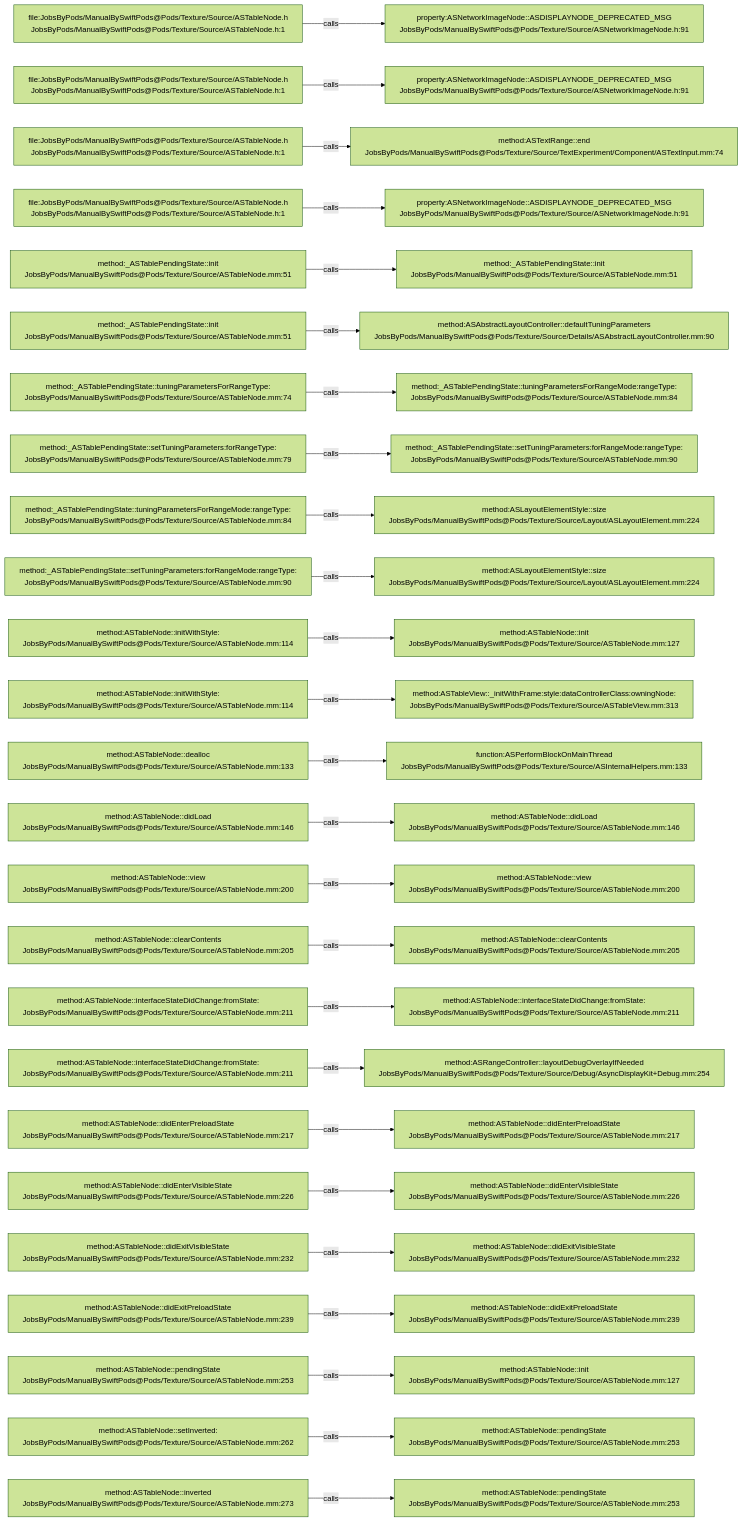
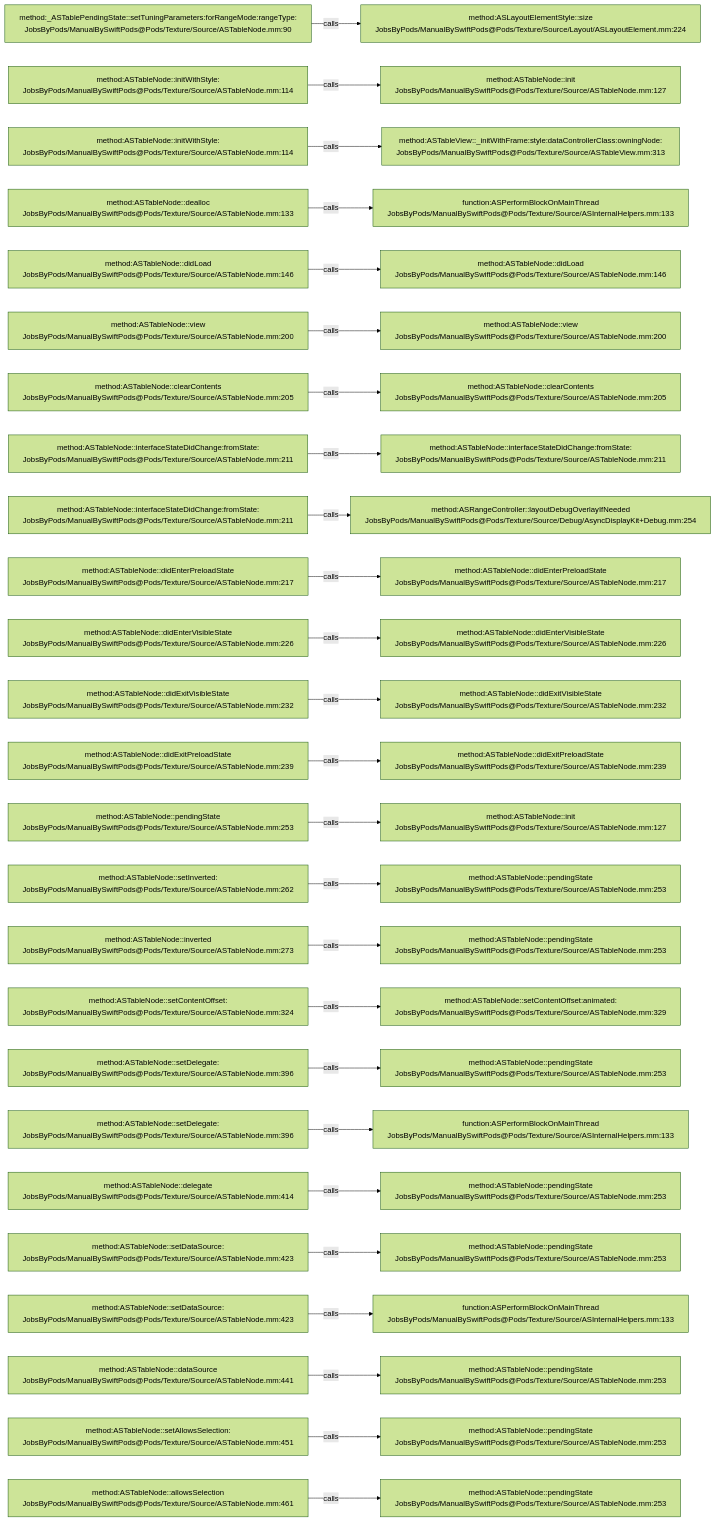
Before and after one commit to JobsKits/JobsSwiftBaseConfigDemo: the diagram in .codegraph/codegraph.md/graphs/calls-055.md, drawn with Mermaid (forest theme). The commit also changed 707 other files, not shown here.

````diff
--- a/.codegraph/codegraph.md/graphs/calls-055.md
+++ b/.codegraph/codegraph.md/graphs/calls-055.md
@@ -13,78 +13,78 @@
 ```mermaid
 flowchart LR
-  S1["file:JobsByPods/ManualBySwiftPods@Pods/Texture/Source/ASTableNode.h<br/>JobsByPods/ManualBySwiftPods@Pods/Texture/Source/ASTableNode.h:1"]
-  T1["property:ASNetworkImageNode::ASDISPLAYNODE_DEPRECATED_MSG<br/>JobsByPods/ManualBySwiftPods@Pods/Texture/Source/ASNetworkImageNode.h:91"]
+  S1["method:_ASTablePendingState::setTuningParameters:forRangeMode:rangeType:<br/>JobsByPods/ManualBySwiftPods@Pods/Texture/Source/ASTableNode.mm:90"]
+  T1["method:ASLayoutElementStyle::size<br/>JobsByPods/ManualBySwiftPods@Pods/Texture/Source/Layout/ASLayoutElement.mm:224"]
   S1 -->|calls| T1
-  S2["file:JobsByPods/ManualBySwiftPods@Pods/Texture/Source/ASTableNode.h<br/>JobsByPods/ManualBySwiftPods@Pods/Texture/Source/ASTableNode.h:1"]
-  T2["property:ASNetworkImageNode::ASDISPLAYNODE_DEPRECATED_MSG<br/>JobsByPods/ManualBySwiftPods@Pods/Texture/Source/ASNetworkImageNode.h:91"]
+  S2["method:ASTableNode::initWithStyle:<br/>JobsByPods/ManualBySwiftPods@Pods/Texture/Source/ASTableNode.mm:114"]
+  T2["method:ASTableNode::init<br/>JobsByPods/ManualBySwiftPods@Pods/Texture/Source/ASTableNode.mm:127"]
   S2 -->|calls| T2
-  S3["file:JobsByPods/ManualBySwiftPods@Pods/Texture/Source/ASTableNode.h<br/>JobsByPods/ManualBySwiftPods@Pods/Texture/Source/ASTableNode.h:1"]
-  T3["method:ASTextRange::end<br/>JobsByPods/ManualBySwiftPods@Pods/Texture/Source/TextExperiment/Component/ASTextInput.mm:74"]
+  S3["method:ASTableNode::initWithStyle:<br/>JobsByPods/ManualBySwiftPods@Pods/Texture/Source/ASTableNode.mm:114"]
+  T3["method:ASTableView::_initWithFrame:style:dataControllerClass:owningNode:<br/>JobsByPods/ManualBySwiftPods@Pods/Texture/Source/ASTableView.mm:313"]
   S3 -->|calls| T3
-  S4["file:JobsByPods/ManualBySwiftPods@Pods/Texture/Source/ASTableNode.h<br/>JobsByPods/ManualBySwiftPods@Pods/Texture/Source/ASTableNode.h:1"]
-  T4["property:ASNetworkImageNode::ASDISPLAYNODE_DEPRECATED_MSG<br/>JobsByPods/ManualBySwiftPods@Pods/Texture/Source/ASNetworkImageNode.h:91"]
+  S4["method:ASTableNode::dealloc<br/>JobsByPods/ManualBySwiftPods@Pods/Texture/Source/ASTableNode.mm:133"]
+  T4["function:ASPerformBlockOnMainThread<br/>JobsByPods/ManualBySwiftPods@Pods/Texture/Source/ASInternalHelpers.mm:133"]
   S4 -->|calls| T4
-  S5["method:_ASTablePendingState::init<br/>JobsByPods/ManualBySwiftPods@Pods/Texture/Source/ASTableNode.mm:51"]
-  T5["method:_ASTablePendingState::init<br/>JobsByPods/ManualBySwiftPods@Pods/Texture/Source/ASTableNode.mm:51"]
+  S5["method:ASTableNode::didLoad<br/>JobsByPods/ManualBySwiftPods@Pods/Texture/Source/ASTableNode.mm:146"]
+  T5["method:ASTableNode::didLoad<br/>JobsByPods/ManualBySwiftPods@Pods/Texture/Source/ASTableNode.mm:146"]
   S5 -->|calls| T5
-  S6["method:_ASTablePendingState::init<br/>JobsByPods/ManualBySwiftPods@Pods/Texture/Source/ASTableNode.mm:51"]
-  T6["method:ASAbstractLayoutController::defaultTuningParameters<br/>JobsByPods/ManualBySwiftPods@Pods/Texture/Source/Details/ASAbstractLayoutController.mm:90"]
+  S6["method:ASTableNode::view<br/>JobsByPods/ManualBySwiftPods@Pods/Texture/Source/ASTableNode.mm:200"]
+  T6["method:ASTableNode::view<br/>JobsByPods/ManualBySwiftPods@Pods/Texture/Source/ASTableNode.mm:200"]
   S6 -->|calls| T6
-  S7["method:_ASTablePendingState::tuningParametersForRangeType:<br/>JobsByPods/ManualBySwiftPods@Pods/Texture/Source/ASTableNode.mm:74"]
-  T7["method:_ASTablePendingState::tuningParametersForRangeMode:rangeType:<br/>JobsByPods/ManualBySwiftPods@Pods/Texture/Source/ASTableNode.mm:84"]
+  S7["method:ASTableNode::clearContents<br/>JobsByPods/ManualBySwiftPods@Pods/Texture/Source/ASTableNode.mm:205"]
+  T7["method:ASTableNode::clearContents<br/>JobsByPods/ManualBySwiftPods@Pods/Texture/Source/ASTableNode.mm:205"]
   S7 -->|calls| T7
-  S8["method:_ASTablePendingState::setTuningParameters:forRangeType:<br/>JobsByPods/ManualBySwiftPods@Pods/Texture/Source/ASTableNode.mm:79"]
-  T8["method:_ASTablePendingState::setTuningParameters:forRangeMode:rangeType:<br/>JobsByPods/ManualBySwiftPods@Pods/Texture/Source/ASTableNode.mm:90"]
+  S8["method:ASTableNode::interfaceStateDidChange:fromState:<br/>JobsByPods/ManualBySwiftPods@Pods/Texture/Source/ASTableNode.mm:211"]
+  T8["method:ASTableNode::interfaceStateDidChange:fromState:<br/>JobsByPods/ManualBySwiftPods@Pods/Texture/Source/ASTableNode.mm:211"]
   S8 -->|calls| T8
-  S9["method:_ASTablePendingState::tuningParametersForRangeMode:rangeType:<br/>JobsByPods/ManualBySwiftPods@Pods/Texture/Source/ASTableNode.mm:84"]
-  T9["method:ASLayoutElementStyle::size<br/>JobsByPods/ManualBySwiftPods@Pods/Texture/Source/Layout/ASLayoutElement.mm:224"]
+  S9["method:ASTableNode::interfaceStateDidChange:fromState:<br/>JobsByPods/ManualBySwiftPods@Pods/Texture/Source/ASTableNode.mm:211"]
+  T9["method:ASRangeController::layoutDebugOverlayIfNeeded<br/>JobsByPods/ManualBySwiftPods@Pods/Texture/Source/Debug/AsyncDisplayKit+Debug.mm:254"]
   S9 -->|calls| T9
-  S10["method:_ASTablePendingState::setTuningParameters:forRangeMode:rangeType:<br/>JobsByPods/ManualBySwiftPods@Pods/Texture/Source/ASTableNode.mm:90"]
-  T10["method:ASLayoutElementStyle::size<br/>JobsByPods/ManualBySwiftPods@Pods/Texture/Source/Layout/ASLayoutElement.mm:224"]
+  S10["method:ASTableNode::didEnterPreloadState<br/>JobsByPods/ManualBySwiftPods@Pods/Texture/Source/ASTableNode.mm:217"]
+  T10["method:ASTableNode::didEnterPreloadState<br/>JobsByPods/ManualBySwiftPods@Pods/Texture/Source/ASTableNode.mm:217"]
   S10 -->|calls| T10
-  S11["method:ASTableNode::initWithStyle:<br/>JobsByPods/ManualBySwiftPods@Pods/Texture/Source/ASTableNode.mm:114"]
-  T11["method:ASTableNode::init<br/>JobsByPods/ManualBySwiftPods@Pods/Texture/Source/ASTableNode.mm:127"]
+  S11["method:ASTableNode::didEnterVisibleState<br/>JobsByPods/ManualBySwiftPods@Pods/Texture/Source/ASTableNode.mm:226"]
+  T11["method:ASTableNode::didEnterVisibleState<br/>JobsByPods/ManualBySwiftPods@Pods/Texture/Source/ASTableNode.mm:226"]
   S11 -->|calls| T11
-  S12["method:ASTableNode::initWithStyle:<br/>JobsByPods/ManualBySwiftPods@Pods/Texture/Source/ASTableNode.mm:114"]
-  T12["method:ASTableView::_initWithFrame:style:dataControllerClass:owningNode:<br/>JobsByPods/ManualBySwiftPods@Pods/Texture/Source/ASTableView.mm:313"]
+  S12["method:ASTableNode::didExitVisibleState<br/>JobsByPods/ManualBySwiftPods@Pods/Texture/Source/ASTableNode.mm:232"]
+  T12["method:ASTableNode::didExitVisibleState<br/>JobsByPods/ManualBySwiftPods@Pods/Texture/Source/ASTableNode.mm:232"]
   S12 -->|calls| T12
-  S13["method:ASTableNode::dealloc<br/>JobsByPods/ManualBySwiftPods@Pods/Texture/Source/ASTableNode.mm:133"]
-  T13["function:ASPerformBlockOnMainThread<br/>JobsByPods/ManualBySwiftPods@Pods/Texture/Source/ASInternalHelpers.mm:133"]
+  S13["method:ASTableNode::didExitPreloadState<br/>JobsByPods/ManualBySwiftPods@Pods/Texture/Source/ASTableNode.mm:239"]
+  T13["method:ASTableNode::didExitPreloadState<br/>JobsByPods/ManualBySwiftPods@Pods/Texture/Source/ASTableNode.mm:239"]
   S13 -->|calls| T13
-  S14["method:ASTableNode::didLoad<br/>JobsByPods/ManualBySwiftPods@Pods/Texture/Source/ASTableNode.mm:146"]
-  T14["method:ASTableNode::didLoad<br/>JobsByPods/ManualBySwiftPods@Pods/Texture/Source/ASTableNode.mm:146"]
+  S14["method:ASTableNode::pendingState<br/>JobsByPods/ManualBySwiftPods@Pods/Texture/Source/ASTableNode.mm:253"]
+  T14["method:ASTableNode::init<br/>JobsByPods/ManualBySwiftPods@Pods/Texture/Source/ASTableNode.mm:127"]
   S14 -->|calls| T14
-  S15["method:ASTableNode::view<br/>JobsByPods/ManualBySwiftPods@Pods/Texture/Source/ASTableNode.mm:200"]
-  T15["method:ASTableNode::view<br/>JobsByPods/ManualBySwiftPods@Pods/Texture/Source/ASTableNode.mm:200"]
+  S15["method:ASTableNode::setInverted:<br/>JobsByPods/ManualBySwiftPods@Pods/Texture/Source/ASTableNode.mm:262"]
+  T15["method:ASTableNode::pendingState<br/>JobsByPods/ManualBySwiftPods@Pods/Texture/Source/ASTableNode.mm:253"]
   S15 -->|calls| T15
-  S16["method:ASTableNode::clearContents<br/>JobsByPods/ManualBySwiftPods@Pods/Texture/Source/ASTableNode.mm:205"]
-  T16["method:ASTableNode::clearContents<br/>JobsByPods/ManualBySwiftPods@Pods/Texture/Source/ASTableNode.mm:205"]
+  S16["method:ASTableNode::inverted<br/>JobsByPods/ManualBySwiftPods@Pods/Texture/Source/ASTableNode.mm:273"]
+  T16["method:ASTableNode::pendingState<br/>JobsByPods/ManualBySwiftPods@Pods/Texture/Source/ASTableNode.mm:253"]
   S16 -->|calls| T16
-  S17["method:ASTableNode::interfaceStateDidChange:fromState:<br/>JobsByPods/ManualBySwiftPods@Pods/Texture/Source/ASTableNode.mm:211"]
-  T17["method:ASTableNode::interfaceStateDidChange:fromState:<br/>JobsByPods/ManualBySwiftPods@Pods/Texture/Source/ASTableNode.mm:211"]
+  S17["method:ASTableNode::setContentOffset:<br/>JobsByPods/ManualBySwiftPods@Pods/Texture/Source/ASTableNode.mm:324"]
+  T17["method:ASTableNode::setContentOffset:animated:<br/>JobsByPods/ManualBySwiftPods@Pods/Texture/Source/ASTableNode.mm:329"]
   S17 -->|calls| T17
-  S18["method:ASTableNode::interfaceStateDidChange:fromState:<br/>JobsByPods/ManualBySwiftPods@Pods/Texture/Source/ASTableNode.mm:211"]
-  T18["method:ASRangeController::layoutDebugOverlayIfNeeded<br/>JobsByPods/ManualBySwiftPods@Pods/Texture/Source/Debug/AsyncDisplayKit+Debug.mm:254"]
+  S18["method:ASTableNode::setDelegate:<br/>JobsByPods/ManualBySwiftPods@Pods/Texture/Source/ASTableNode.mm:396"]
+  T18["method:ASTableNode::pendingState<br/>JobsByPods/ManualBySwiftPods@Pods/Texture/Source/ASTableNode.mm:253"]
   S18 -->|calls| T18
-  S19["method:ASTableNode::didEnterPreloadState<br/>JobsByPods/ManualBySwiftPods@Pods/Texture/Source/ASTableNode.mm:217"]
-  T19["method:ASTableNode::didEnterPreloadState<br/>JobsByPods/ManualBySwiftPods@Pods/Texture/Source/ASTableNode.mm:217"]
+  S19["method:ASTableNode::setDelegate:<br/>JobsByPods/ManualBySwiftPods@Pods/Texture/Source/ASTableNode.mm:396"]
+  T19["function:ASPerformBlockOnMainThread<br/>JobsByPods/ManualBySwiftPods@Pods/Texture/Source/ASInternalHelpers.mm:133"]
   S19 -->|calls| T19
-  S20["method:ASTableNode::didEnterVisibleState<br/>JobsByPods/ManualBySwiftPods@Pods/Texture/Source/ASTableNode.mm:226"]
-  T20["method:ASTableNode::didEnterVisibleState<br/>JobsByPods/ManualBySwiftPods@Pods/Texture/Source/ASTableNode.mm:226"]
+  S20["method:ASTableNode::delegate<br/>JobsByPods/ManualBySwiftPods@Pods/Texture/Source/ASTableNode.mm:414"]
+  T20["method:ASTableNode::pendingState<br/>JobsByPods/ManualBySwiftPods@Pods/Texture/Source/ASTableNode.mm:253"]
   S20 -->|calls| T20
-  S21["method:ASTableNode::didExitVisibleState<br/>JobsByPods/ManualBySwiftPods@Pods/Texture/Source/ASTableNode.mm:232"]
-  T21["method:ASTableNode::didExitVisibleState<br/>JobsByPods/ManualBySwiftPods@Pods/Texture/Source/ASTableNode.mm:232"]
+  S21["method:ASTableNode::setDataSource:<br/>JobsByPods/ManualBySwiftPods@Pods/Texture/Source/ASTableNode.mm:423"]
+  T21["method:ASTableNode::pendingState<br/>JobsByPods/ManualBySwiftPods@Pods/Texture/Source/ASTableNode.mm:253"]
   S21 -->|calls| T21
-  S22["method:ASTableNode::didExitPreloadState<br/>JobsByPods/ManualBySwiftPods@Pods/Texture/Source/ASTableNode.mm:239"]
-  T22["method:ASTableNode::didExitPreloadState<br/>JobsByPods/ManualBySwiftPods@Pods/Texture/Source/ASTableNode.mm:239"]
+  S22["method:ASTableNode::setDataSource:<br/>JobsByPods/ManualBySwiftPods@Pods/Texture/Source/ASTableNode.mm:423"]
+  T22["function:ASPerformBlockOnMainThread<br/>JobsByPods/ManualBySwiftPods@Pods/Texture/Source/ASInternalHelpers.mm:133"]
   S22 -->|calls| T22
-  S23["method:ASTableNode::pendingState<br/>JobsByPods/ManualBySwiftPods@Pods/Texture/Source/ASTableNode.mm:253"]
-  T23["method:ASTableNode::init<br/>JobsByPods/ManualBySwiftPods@Pods/Texture/Source/ASTableNode.mm:127"]
+  S23["method:ASTableNode::dataSource<br/>JobsByPods/ManualBySwiftPods@Pods/Texture/Source/ASTableNode.mm:441"]
+  T23["method:ASTableNode::pendingState<br/>JobsByPods/ManualBySwiftPods@Pods/Texture/Source/ASTableNode.mm:253"]
   S23 -->|calls| T23
-  S24["method:ASTableNode::setInverted:<br/>JobsByPods/ManualBySwiftPods@Pods/Texture/Source/ASTableNode.mm:262"]
+  S24["method:ASTableNode::setAllowsSelection:<br/>JobsByPods/ManualBySwiftPods@Pods/Texture/Source/ASTableNode.mm:451"]
   T24["method:ASTableNode::pendingState<br/>JobsByPods/ManualBySwiftPods@Pods/Texture/Source/ASTableNode.mm:253"]
   S24 -->|calls| T24
-  S25["method:ASTableNode::inverted<br/>JobsByPods/ManualBySwiftPods@Pods/Texture/Source/ASTableNode.mm:273"]
+  S25["method:ASTableNode::allowsSelection<br/>JobsByPods/ManualBySwiftPods@Pods/Texture/Source/ASTableNode.mm:461"]
   T25["method:ASTableNode::pendingState<br/>JobsByPods/ManualBySwiftPods@Pods/Texture/Source/ASTableNode.mm:253"]
   S25 -->|calls| T25
 ```
````
